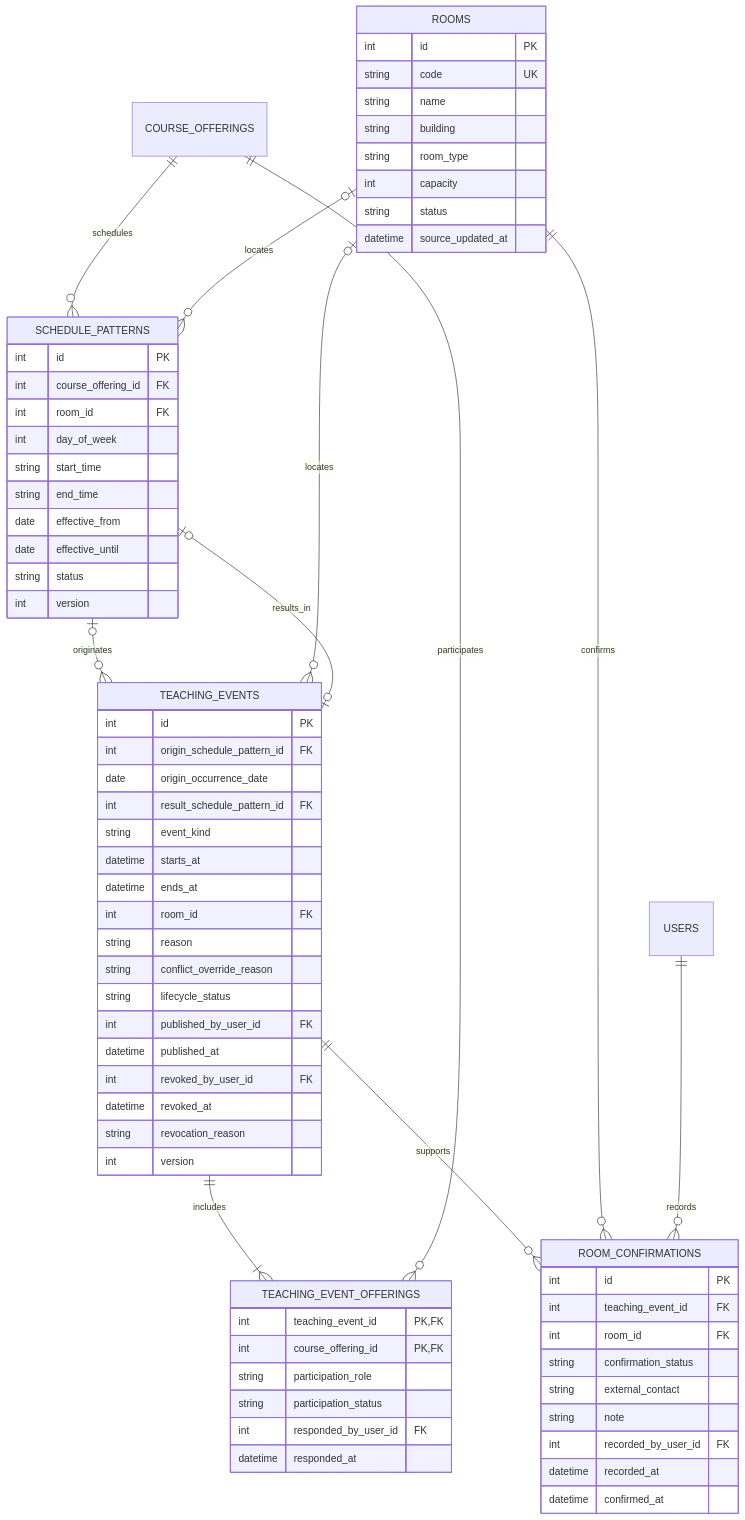
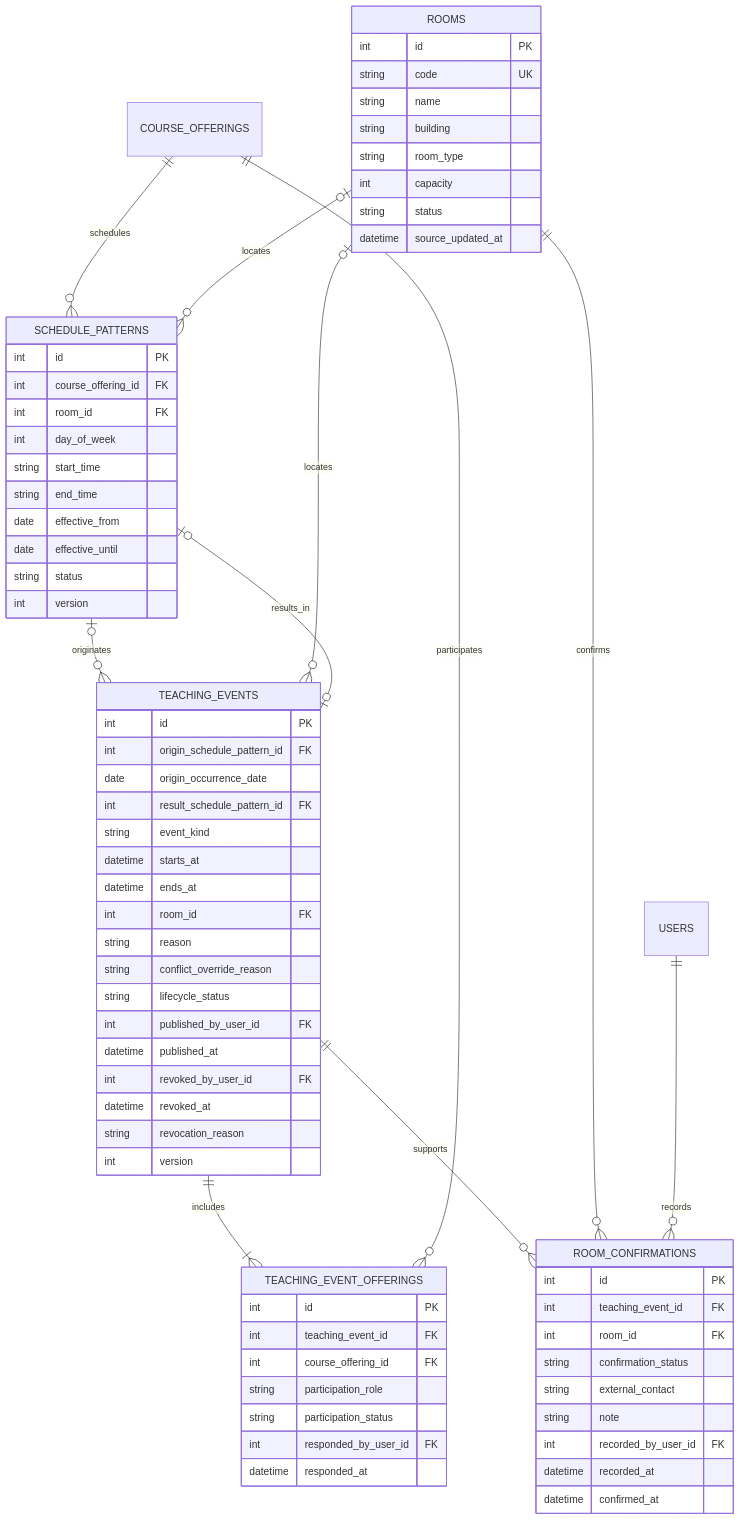
One commit to darvaaph/bot-wa-jadwal changed the third of 5 diagrams in docs/product/DATA_MODEL.md. Above: the diagram before and after it, drawn with Mermaid. The commit also changed other lines of this file and 48 other files, not shown here.

Commit message:
feat: implement core bot infrastructure, scheduling, API endpoints, and database schema

````diff
--- a/docs/product/DATA_MODEL.md
+++ b/docs/product/DATA_MODEL.md
@@ -280,74 +284,75 @@
 ```mermaid
 erDiagram
     COURSE_OFFERINGS ||--o{ SCHEDULE_PATTERNS : schedules
     ROOMS o|--o{ SCHEDULE_PATTERNS : locates
     SCHEDULE_PATTERNS o|--o{ TEACHING_EVENTS : originates
     TEACHING_EVENTS o|--o| SCHEDULE_PATTERNS : results_in
     TEACHING_EVENTS ||--|{ TEACHING_EVENT_OFFERINGS : includes
     COURSE_OFFERINGS ||--o{ TEACHING_EVENT_OFFERINGS : participates
     ROOMS o|--o{ TEACHING_EVENTS : locates
     TEACHING_EVENTS ||--o{ ROOM_CONFIRMATIONS : supports
     ROOMS ||--o{ ROOM_CONFIRMATIONS : confirms
     USERS ||--o{ ROOM_CONFIRMATIONS : records
 
     ROOMS {
         int id PK
         string code UK
         string name
         string building
         string room_type
         int capacity
         string status
         datetime source_updated_at
     }
     SCHEDULE_PATTERNS {
         int id PK
         int course_offering_id FK
         int room_id FK
         int day_of_week
         string start_time
         string end_time
         date effective_from
         date effective_until
         string status
         int version
     }
     TEACHING_EVENTS {
         int id PK
         int origin_schedule_pattern_id FK
         date origin_occurrence_date
         int result_schedule_pattern_id FK
         string event_kind
         datetime starts_at
         datetime ends_at
         int room_id FK
         string reason
         string conflict_override_reason
         string lifecycle_status
         int published_by_user_id FK
         datetime published_at
         int revoked_by_user_id FK
         datetime revoked_at
         string revocation_reason
         int version
     }
     TEACHING_EVENT_OFFERINGS {
-        int teaching_event_id PK,FK
-        int course_offering_id PK,FK
+        int id PK
+        int teaching_event_id FK
+        int course_offering_id FK
         string participation_role
         string participation_status
         int responded_by_user_id FK
         datetime responded_at
     }
     ROOM_CONFIRMATIONS {
         int id PK
         int teaching_event_id FK
         int room_id FK
         string confirmation_status
         string external_contact
         string note
         int recorded_by_user_id FK
         datetime recorded_at
         datetime confirmed_at
     }
 ```
````
